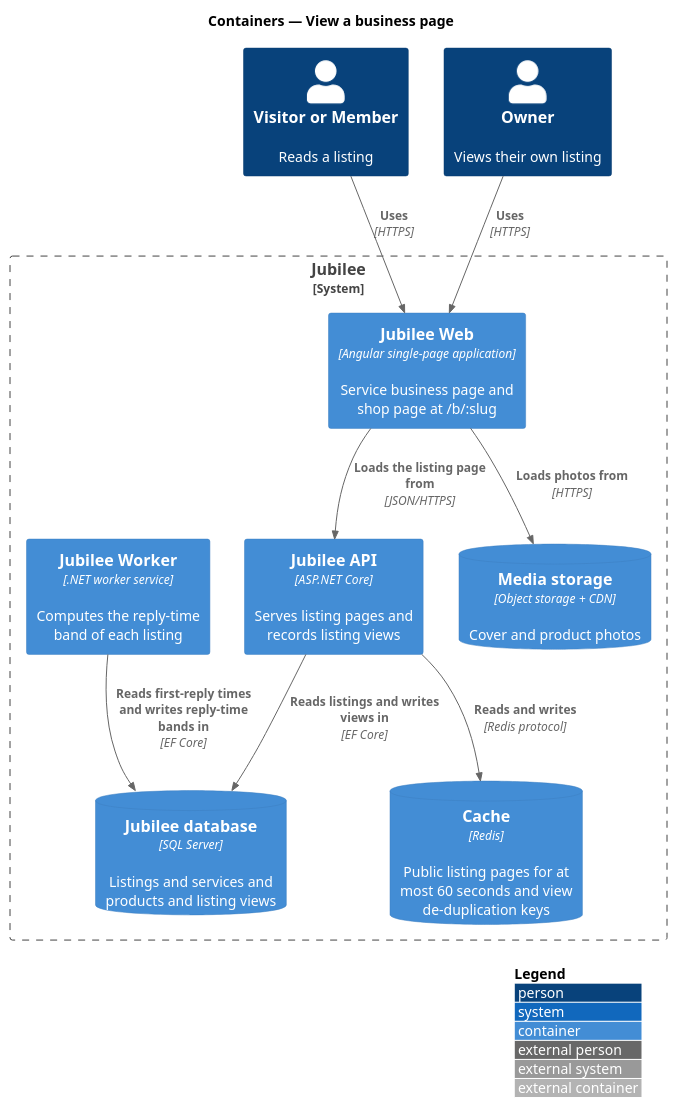
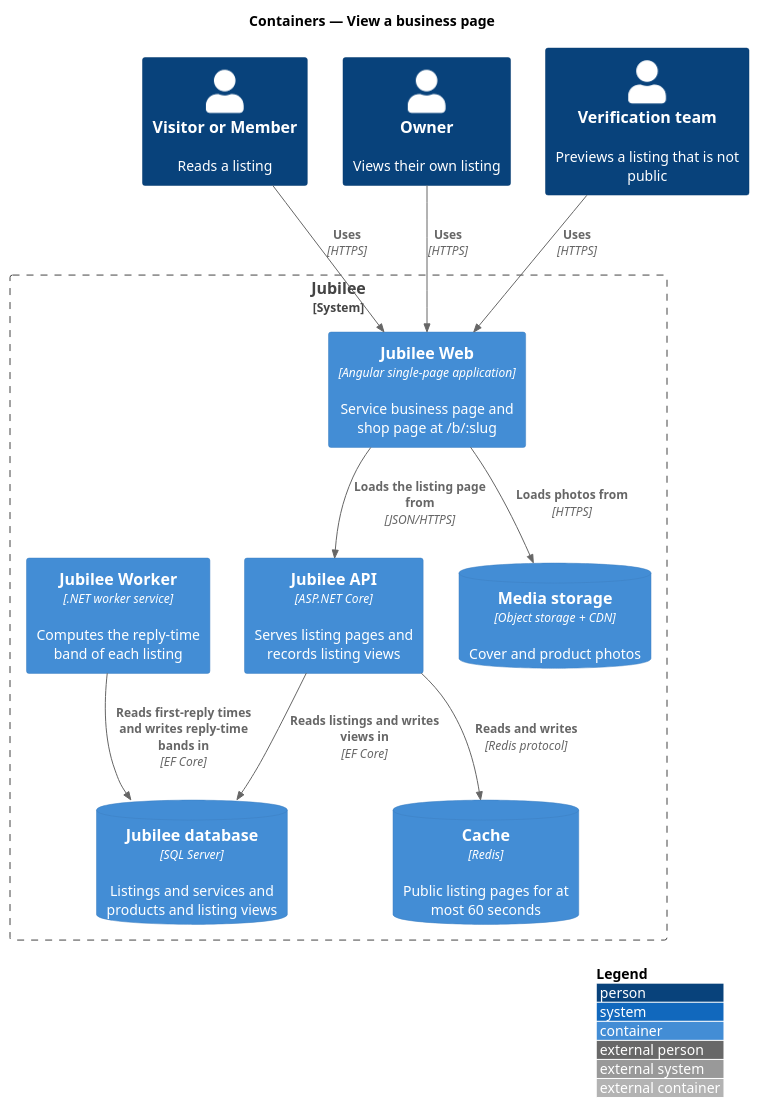
One commit to QuinntyneBrown/jubilee changed the diagram in docs/detailed-designs/listings/view-business-page/diagrams/c4-container.puml. Above: the diagram before and after it, drawn with PlantUML. The commit also changed 28 other files, not shown here.

```diff
--- a/docs/detailed-designs/listings/view-business-page/diagrams/c4-container.puml
+++ b/docs/detailed-designs/listings/view-business-page/diagrams/c4-container.puml
@@ -1,23 +1,25 @@
 @startuml
 !include <C4/C4_Container>
 LAYOUT_WITH_LEGEND()
 title Containers — View a business page
 
 Person(member, "Visitor or Member", "Reads a listing")
 Person(owner, "Owner", "Views their own listing")
+Person(team, "Verification team", "Previews a listing that is not public")
 System_Boundary(jubilee, "Jubilee") {
   Container(web, "Jubilee Web", "Angular single-page application", "Service business page and shop page at /b/:slug")
   Container(api, "Jubilee API", "ASP.NET Core", "Serves listing pages and records listing views")
   Container(worker, "Jubilee Worker", ".NET worker service", "Computes the reply-time band of each listing")
-  ContainerDb(cache, "Cache", "Redis", "Public listing pages for at most 60 seconds and view de-duplication keys")
+  ContainerDb(cache, "Cache", "Redis", "Public listing pages for at most 60 seconds")
   ContainerDb(db, "Jubilee database", "SQL Server", "Listings and services and products and listing views")
   ContainerDb(media, "Media storage", "Object storage + CDN", "Cover and product photos")
 }
 Rel(member, web, "Uses", "HTTPS")
 Rel(owner, web, "Uses", "HTTPS")
+Rel(team, web, "Uses", "HTTPS")
 Rel(web, api, "Loads the listing page from", "JSON/HTTPS")
 Rel(web, media, "Loads photos from", "HTTPS")
 Rel(api, cache, "Reads and writes", "Redis protocol")
 Rel(api, db, "Reads listings and writes views in", "EF Core")
 Rel(worker, db, "Reads first-reply times and writes reply-time bands in", "EF Core")
 @enduml
```
